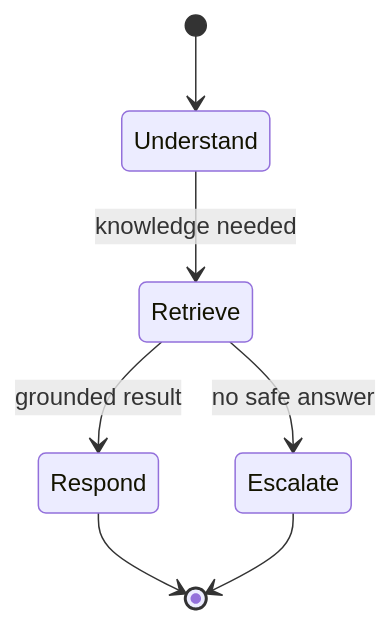
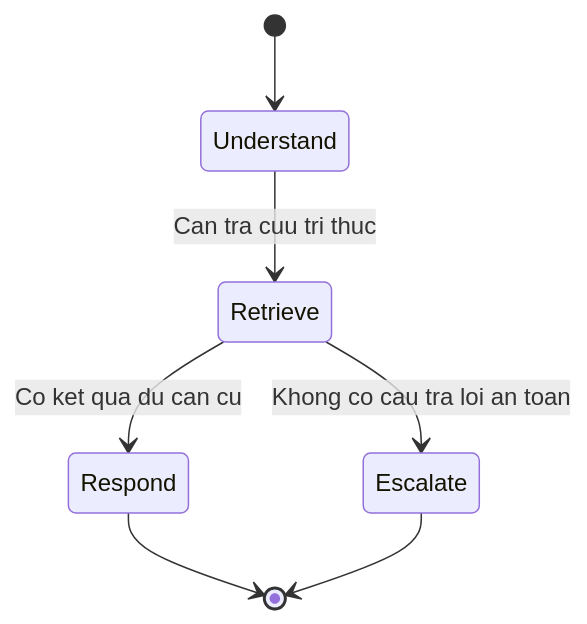
The third of 4 diagrams in docs/current/08 - Diagram Standards/Diagram Standards.md (thinh1995/blueprint-ai), drawn with Mermaid before and after one commit. The commit also changed other lines of this file and 63 other files, not shown here.

````diff
--- a/docs/current/08 - Diagram Standards/Diagram Standards.md
+++ b/docs/current/08 - Diagram Standards/Diagram Standards.md
@@ -55,9 +56,9 @@
 ```mermaid
 stateDiagram-v2
   [*] --> Understand
-  Understand --> Retrieve: knowledge needed
-  Retrieve --> Respond: grounded result
-  Retrieve --> Escalate: no safe answer
+  Understand --> Retrieve: Can tra cuu tri thuc
+  Retrieve --> Respond: Co ket qua du can cu
+  Retrieve --> Escalate: Khong co cau tra loi an toan
   Respond --> [*]
   Escalate --> [*]
 ```
````
